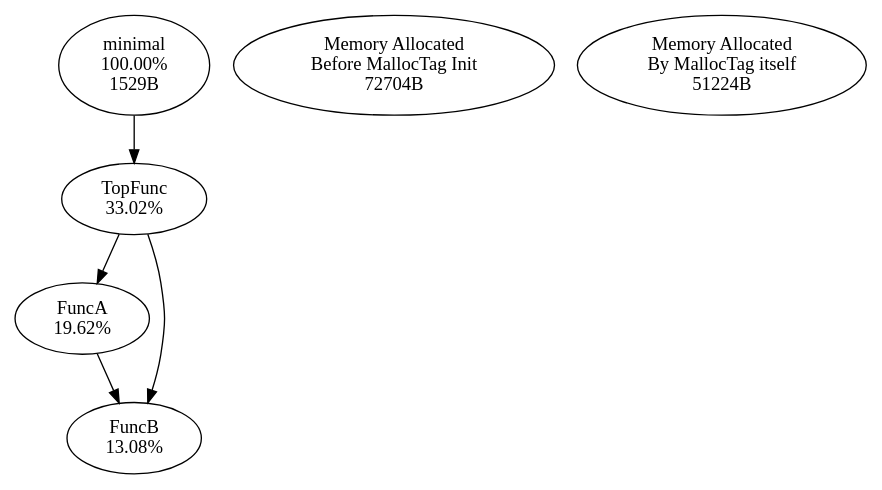
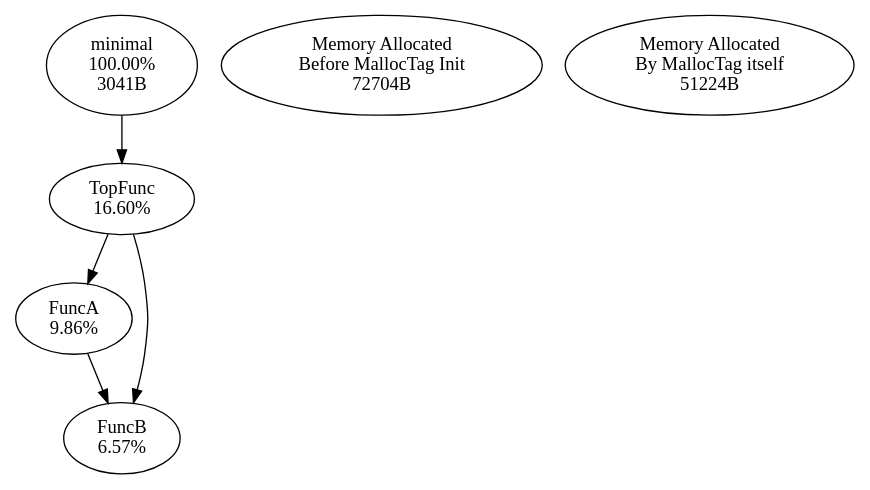
The diagram in examples/minimal/minimal_stats.dot (f18m/malloc-tag), drawn with Graphviz before and after one commit. The commit also changed 5 other files, not shown here.

```diff
--- a/examples/minimal/minimal_stats.dot
+++ b/examples/minimal/minimal_stats.dot
@@ -1,13 +1,13 @@
 digraph MallocTree {
-minimal [label="minimal\n100.00%\n1529B"]
+minimal [label="minimal\n100.00%\n3041B"]
 minimal -> TopFunc
-TopFunc [label="TopFunc\n33.02%"]
+TopFunc [label="TopFunc\n16.60%"]
 TopFunc -> FuncA
 TopFunc -> FuncB
-FuncA [label="FuncA\n19.62%"]
+FuncA [label="FuncA\n9.86%"]
 FuncA -> FuncB
-FuncB [label="FuncB\n13.08%"]
-FuncB [label="FuncB\n13.08%"]
+FuncB [label="FuncB\n6.57%"]
+FuncB [label="FuncB\n6.57%"]
 __before_init_node__ [label="Memory Allocated\nBefore MallocTag Init\n72704B"]
 __malloctag_self_memory__ [label="Memory Allocated\nBy MallocTag itself\n51224B"]
 }
```
